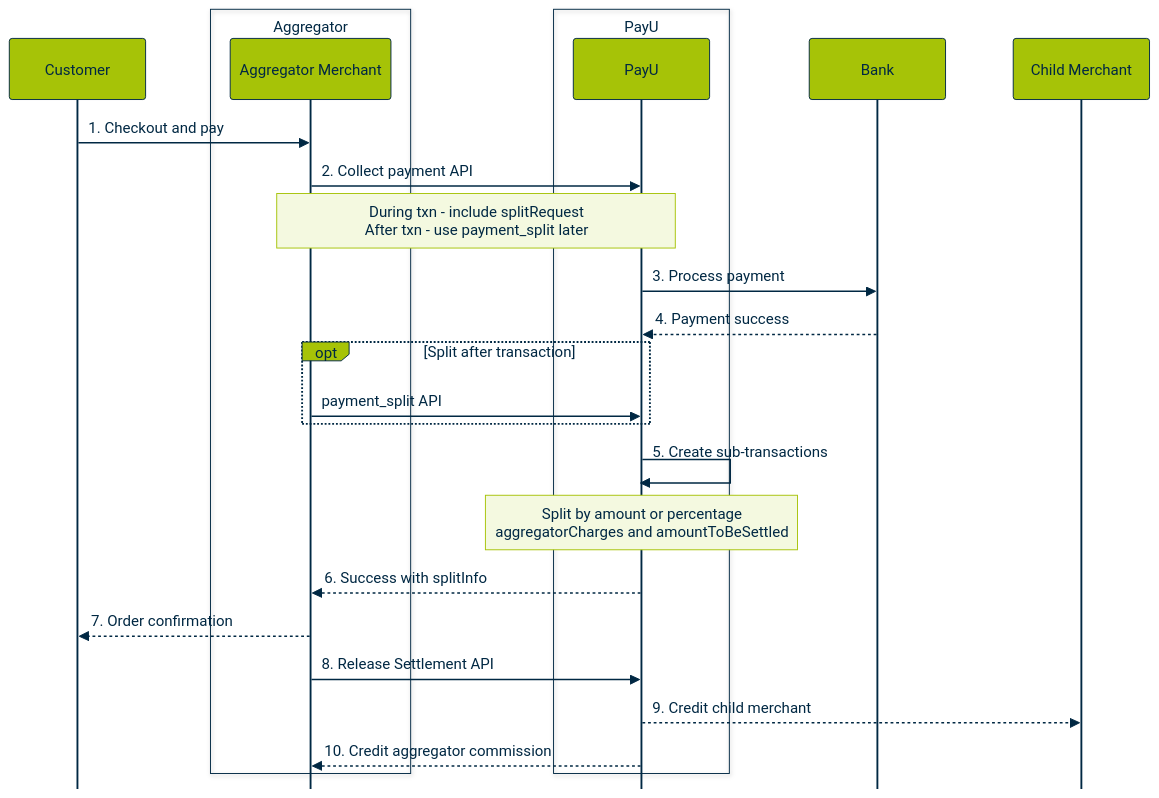
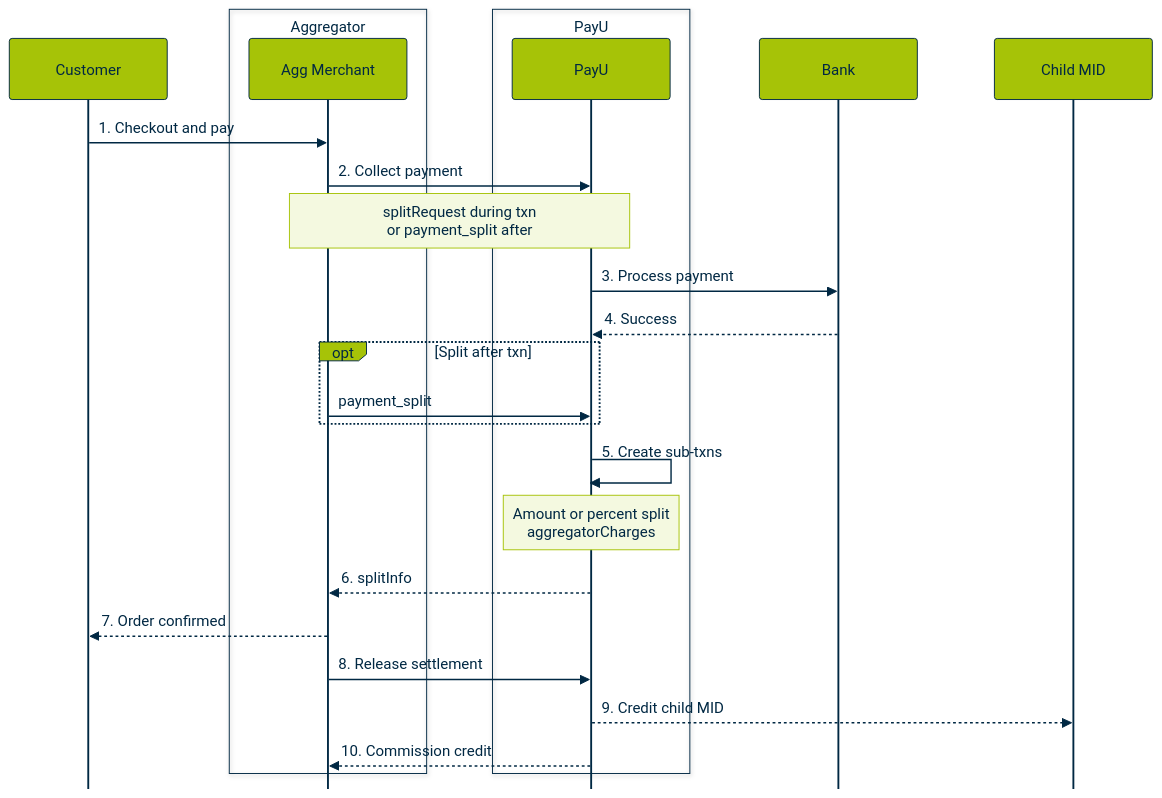
Before and after one commit to payu-india/CMS-Chatbot: the seventh of 17 diagrams in docs/RECYCLE BIN/internal-review-swimlane-diagrams.md, drawn with Mermaid. The commit also changed other lines of this file, not shown here.

Commit message:
Update doc `internal-review-swimlane-diagrams`

````diff
--- a/docs/RECYCLE BIN/internal-review-swimlane-diagrams.md
+++ b/docs/RECYCLE BIN/internal-review-swimlane-diagrams.md
@@ -456,71 +463,71 @@
 ```mermaid
 %%{init: {
   "theme": "base",
   "sequence": {
     "mirrorActors": false,
     "rightAngles": true,
     "messageAlign": "left",
     "fontSize": 10,
     "actorFontSize": 10,
     "noteFontSize": 10,
-    "actorMargin": 72,
-    "width": 145,
+    "actorMargin": 82,
+    "width": 168,
     "boxMargin": 8,
     "messageMargin": 34,
     "diagramMarginX": 45,
     "diagramMarginY": 16
   },
   "themeVariables": {
     "fontFamily": "Arial, Helvetica, sans-serif",
     "fontSize": "10px",
     "background": "#FFFFFF",
     "primaryColor": "#A6C307",
     "primaryTextColor": "#002843",
     "primaryBorderColor": "#002843",
     "secondaryColor": "#F4F9E0",
     "lineColor": "#002843",
     "textColor": "#002843",
     "actorBkg": "#A6C307",
     "actorBorder": "#002843",
     "actorTextColor": "#002843",
     "signalColor": "#002843",
     "noteBkgColor": "#F4F9E0",
     "noteTextColor": "#002843",
     "noteBorderColor": "#A6C307",
     "activationBkgColor": "#E8F0C4",
     "activationBorderColor": "#002843"
   }
 }}%%
 sequenceDiagram
     participant Customer
     box Aggregator
-        participant Parent as Aggregator Merchant
+        participant Parent as Agg Merchant
     end
     box PayU
         participant PayU
     end
     participant Bank
-    participant Child as Child Merchant
+    participant Child as Child MID
 
     Customer->>Parent: 1. Checkout and pay
 
-    Parent->>PayU: 2. Collect payment API
-    Note over Parent,PayU: During txn - include splitRequest<br/>After txn - use payment_split later
+    Parent->>PayU: 2. Collect payment
+    Note over Parent,PayU: splitRequest during txn<br/>or payment_split after
 
     PayU->>Bank: 3. Process payment
-    Bank-->>PayU: 4. Payment success
+    Bank-->>PayU: 4. Success
 
-    opt Split after transaction
-        Parent->>PayU: payment_split API
+    opt Split after txn
+        Parent->>PayU: payment_split
     end
 
-    PayU->>PayU: 5. Create sub-transactions
-    Note over PayU: Split by amount or percentage<br/>aggregatorCharges and amountToBeSettled
+    PayU->>PayU: 5. Create sub-txns
+    Note over PayU: Amount or percent split<br/>aggregatorCharges
 
-    PayU-->>Parent: 6. Success with splitInfo
-    Parent-->>Customer: 7. Order confirmation
+    PayU-->>Parent: 6. splitInfo
+    Parent-->>Customer: 7. Order confirmed
 
-    Parent->>PayU: 8. Release Settlement API
-    PayU-->>Child: 9. Credit child merchant
-    PayU-->>Parent: 10. Credit aggregator commission
+    Parent->>PayU: 8. Release settlement
+    PayU-->>Child: 9. Credit child MID
+    PayU-->>Parent: 10. Commission credit
 ```
````
